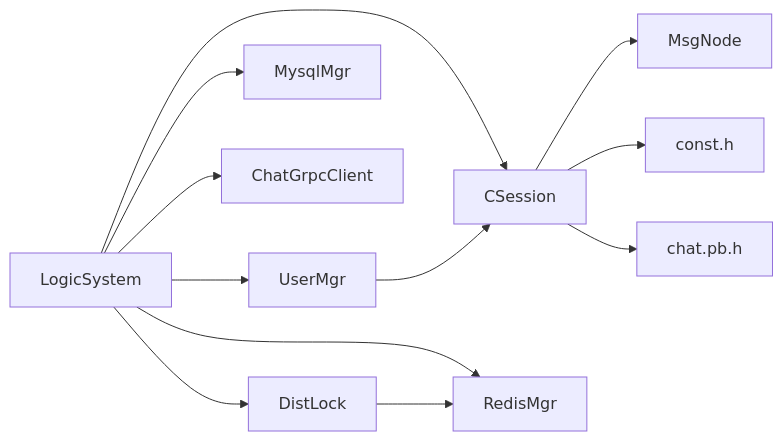
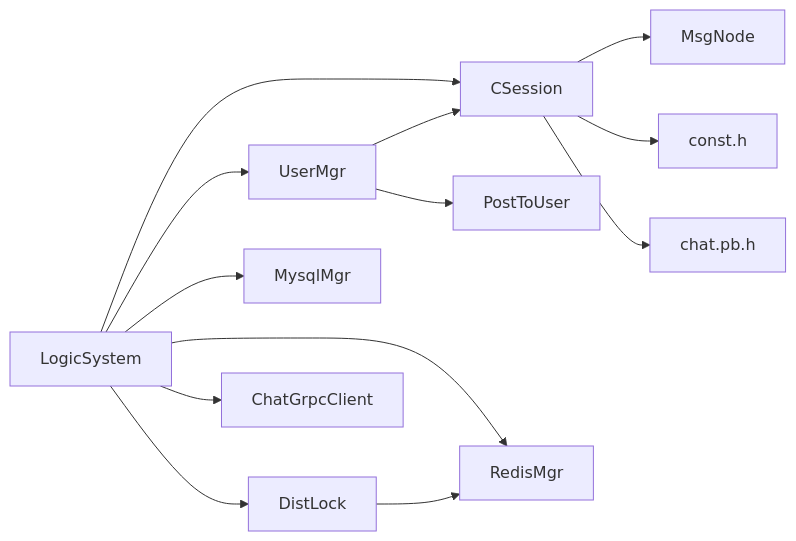
The seventh of 7 diagrams in .qoder/repowiki/zh/content/服务端开发/ChatServer聊天核心服务/ChatServer聊天核心服务.md (echo9923/mychatter), drawn with Mermaid before and after one commit. The commit also changed other lines of this file and 54 other files, not shown here.

````diff
--- a/.qoder/repowiki/zh/content/服务端开发/ChatServer聊天核心服务/ChatServer聊天核心服务.md
+++ b/.qoder/repowiki/zh/content/服务端开发/ChatServer聊天核心服务/ChatServer聊天核心服务.md
@@ -324,14 +348,15 @@
 ```mermaid
 graph LR
 CSession["CSession"] --> MsgNode["MsgNode"]
 CSession --> Const["const.h"]
 CSession --> PB["chat.pb.h"]
 Logic["LogicSystem"] --> CSession
 Logic --> UserMgr
 Logic --> MysqlMgr
 Logic --> RedisMgr
 Logic --> ChatGrpcClient
 Logic --> DistLock
 UserMgr --> CSession
+UserMgr --> PostToUser["PostToUser"]
 DistLock --> RedisMgr
 ```
````
